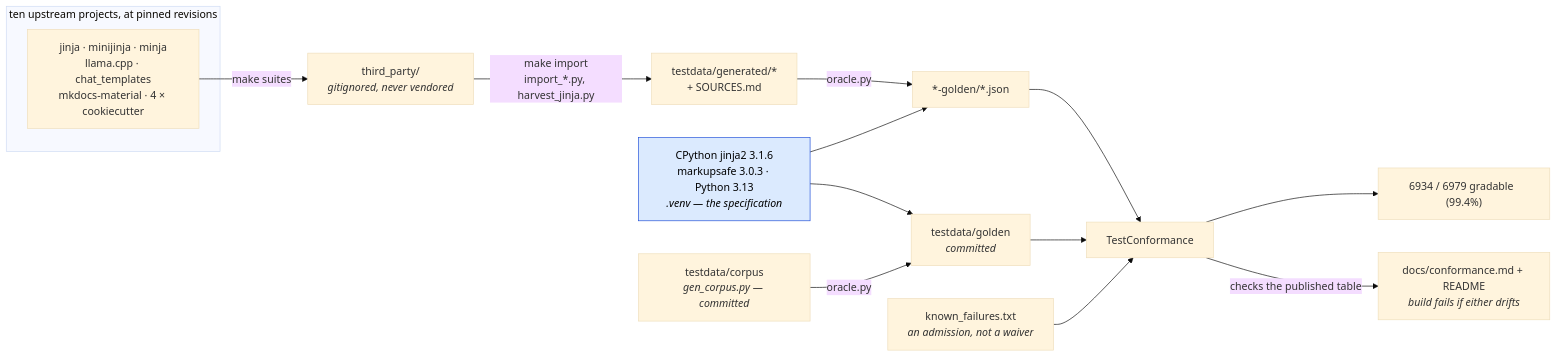
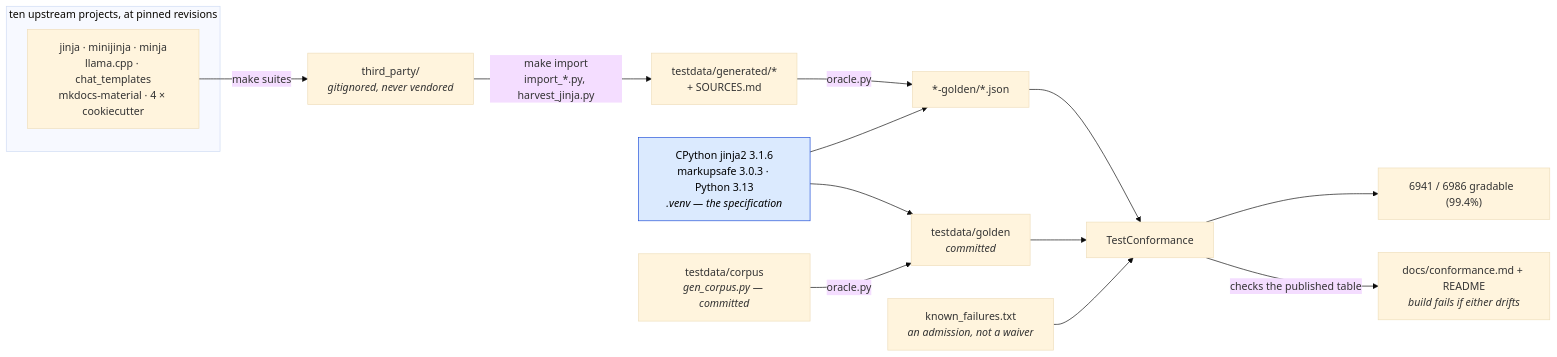
Before and after one commit to mgilbir/gojja2: the first of 2 diagrams in docs/conformance.md, drawn with Mermaid (base theme). The commit also changed other lines of this file and 27 other files, not shown here.

````diff
--- a/docs/conformance.md
+++ b/docs/conformance.md
@@ -17,24 +17,24 @@
 ```mermaid
 flowchart LR
     subgraph up["ten upstream projects, at pinned revisions"]
         U1["jinja · minijinja · minja<br/>llama.cpp · chat_templates<br/>mkdocs-material · 4 × cookiecutter"]
     end
     U1 -->|"make suites"| TP["third_party/<br/><i>gitignored, never vendored</i>"]
     TP -->|"make import<br/>import_*.py, harvest_jinja.py"| GEN["testdata/generated/*<br/>+ SOURCES.md"]
 
     ORA["CPython jinja2 3.1.6<br/>markupsafe 3.0.3 · Python 3.13<br/><i>.venv — the specification</i>"]
     GEN -->|"oracle.py"| G2["*-golden/*.json"]
     ORA --> G2
 
     OWN["testdata/corpus<br/><i>gen_corpus.py — committed</i>"] -->|"oracle.py"| G1["testdata/golden<br/><i>committed</i>"]
     ORA --> G1
 
     G1 --> TC["TestConformance"]
     G2 --> TC
     KF["known_failures.txt<br/><i>an admission, not a waiver</i>"] --> TC
-    TC --> RATE["6934 / 6979 gradable  (99.4%)"]
+    TC --> RATE["6941 / 6986 gradable  (99.4%)"]
     TC -->|"checks the published table"| RM["docs/conformance.md + README<br/><i>build fails if either drifts</i>"]
 
     classDef spec fill:#dbeafe,stroke:#1d4ed8,color:#000
     class ORA spec
 ```
````
